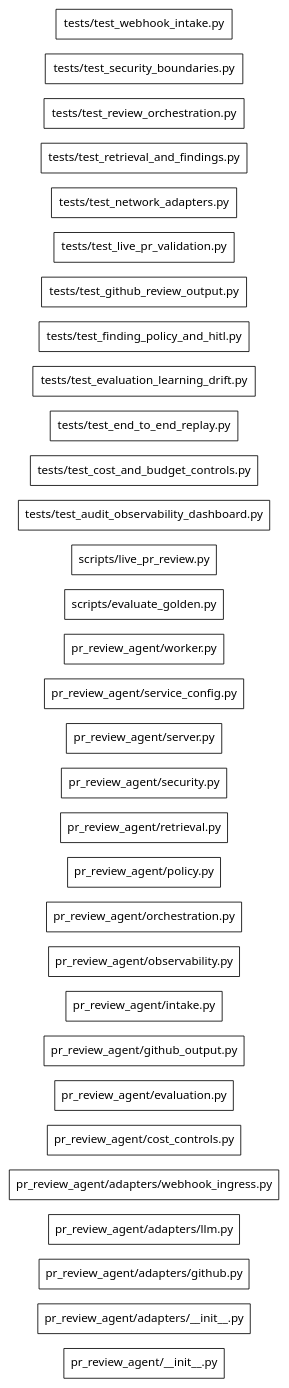
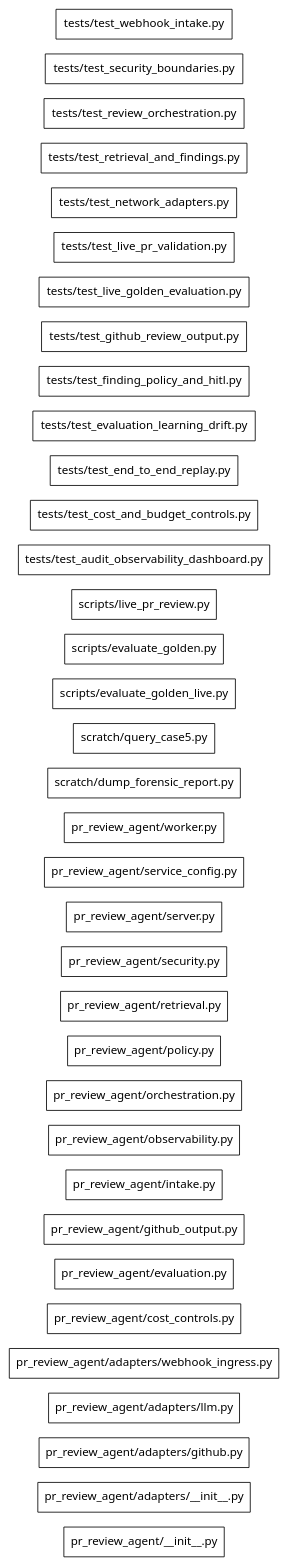
Before and after one commit to Ayush-Kant/PR-Review-Agent: the diagram in .genesis/index/graph.dot, drawn with Graphviz. The commit also changed 14 other files, not shown here.

Commit message:
feat(evaluation): validate live golden benchmark and harden terminal timeout coverage

```diff
--- a/.genesis/index/graph.dot
+++ b/.genesis/index/graph.dot
@@ -1,36 +1,40 @@
 digraph genesis {
   rankdir=LR;
   node [shape=box,fontname="system-ui"];
   "file:pr_review_agent/__init__.py" [label="pr_review_agent/__init__.py",class="file"];
   "file:pr_review_agent/adapters/__init__.py" [label="pr_review_agent/adapters/__init__.py",class="file"];
   "file:pr_review_agent/adapters/github.py" [label="pr_review_agent/adapters/github.py",class="file"];
   "file:pr_review_agent/adapters/llm.py" [label="pr_review_agent/adapters/llm.py",class="file"];
   "file:pr_review_agent/adapters/webhook_ingress.py" [label="pr_review_agent/adapters/webhook_ingress.py",class="file"];
   "file:pr_review_agent/cost_controls.py" [label="pr_review_agent/cost_controls.py",class="file"];
   "file:pr_review_agent/evaluation.py" [label="pr_review_agent/evaluation.py",class="file"];
   "file:pr_review_agent/github_output.py" [label="pr_review_agent/github_output.py",class="file"];
   "file:pr_review_agent/intake.py" [label="pr_review_agent/intake.py",class="file"];
   "file:pr_review_agent/observability.py" [label="pr_review_agent/observability.py",class="file"];
   "file:pr_review_agent/orchestration.py" [label="pr_review_agent/orchestration.py",class="file"];
   "file:pr_review_agent/policy.py" [label="pr_review_agent/policy.py",class="file"];
   "file:pr_review_agent/retrieval.py" [label="pr_review_agent/retrieval.py",class="file"];
   "file:pr_review_agent/security.py" [label="pr_review_agent/security.py",class="file"];
   "file:pr_review_agent/server.py" [label="pr_review_agent/server.py",class="file"];
   "file:pr_review_agent/service_config.py" [label="pr_review_agent/service_config.py",class="file"];
   "file:pr_review_agent/worker.py" [label="pr_review_agent/worker.py",class="file"];
+  "file:scratch/dump_forensic_report.py" [label="scratch/dump_forensic_report.py",class="file"];
+  "file:scratch/query_case5.py" [label="scratch/query_case5.py",class="file"];
+  "file:scripts/evaluate_golden_live.py" [label="scripts/evaluate_golden_live.py",class="file"];
   "file:scripts/evaluate_golden.py" [label="scripts/evaluate_golden.py",class="file"];
   "file:scripts/live_pr_review.py" [label="scripts/live_pr_review.py",class="file"];
   "file:tests/test_audit_observability_dashboard.py" [label="tests/test_audit_observability_dashboard.py",class="file"];
   "file:tests/test_cost_and_budget_controls.py" [label="tests/test_cost_and_budget_controls.py",class="file"];
   "file:tests/test_end_to_end_replay.py" [label="tests/test_end_to_end_replay.py",class="file"];
   "file:tests/test_evaluation_learning_drift.py" [label="tests/test_evaluation_learning_drift.py",class="file"];
   "file:tests/test_finding_policy_and_hitl.py" [label="tests/test_finding_policy_and_hitl.py",class="file"];
   "file:tests/test_github_review_output.py" [label="tests/test_github_review_output.py",class="file"];
+  "file:tests/test_live_golden_evaluation.py" [label="tests/test_live_golden_evaluation.py",class="file"];
   "file:tests/test_live_pr_validation.py" [label="tests/test_live_pr_validation.py",class="file"];
   "file:tests/test_network_adapters.py" [label="tests/test_network_adapters.py",class="file"];
   "file:tests/test_retrieval_and_findings.py" [label="tests/test_retrieval_and_findings.py",class="file"];
   "file:tests/test_review_orchestration.py" [label="tests/test_review_orchestration.py",class="file"];
   "file:tests/test_security_boundaries.py" [label="tests/test_security_boundaries.py",class="file"];
   "file:tests/test_webhook_intake.py" [label="tests/test_webhook_intake.py",class="file"];
 
 }
```
